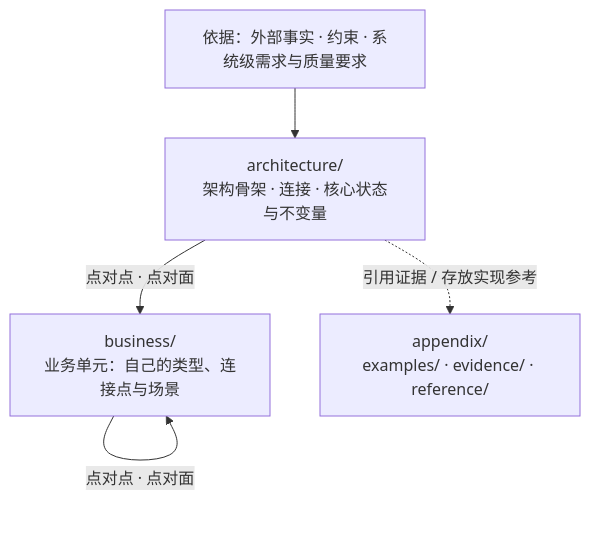
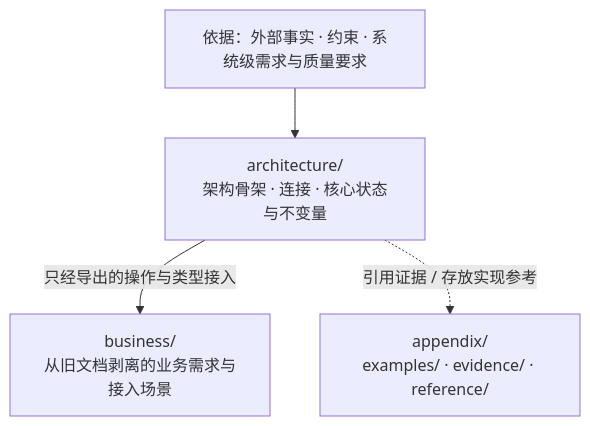
Before and after one commit to mouriya-s-lab/SSoT: the diagram in README.md, drawn with Mermaid. The commit also changed other lines of this file and 9 other files, not shown here.

````diff
--- a/README.md
+++ b/README.md
@@ -21,7 +21,6 @@
 ```mermaid
 flowchart TB
     G["依据：外部事实 · 约束 · 系统级需求与质量要求"] --> A["architecture/<br/>架构骨架 · 连接 · 核心状态与不变量"]
-    A -->|"点对点 · 点对面"| B["business/<br/>业务单元：自己的类型、连接点与场景"]
-    B -->|"点对点 · 点对面"| B
+    A -->|"只经导出的操作与类型接入"| B["business/<br/>从旧文档剥离的业务需求与接入场景"]
     A -.->|"引用证据 / 存放实现参考"| X["appendix/<br/>examples/ · evidence/ · reference/"]
 ```
````
